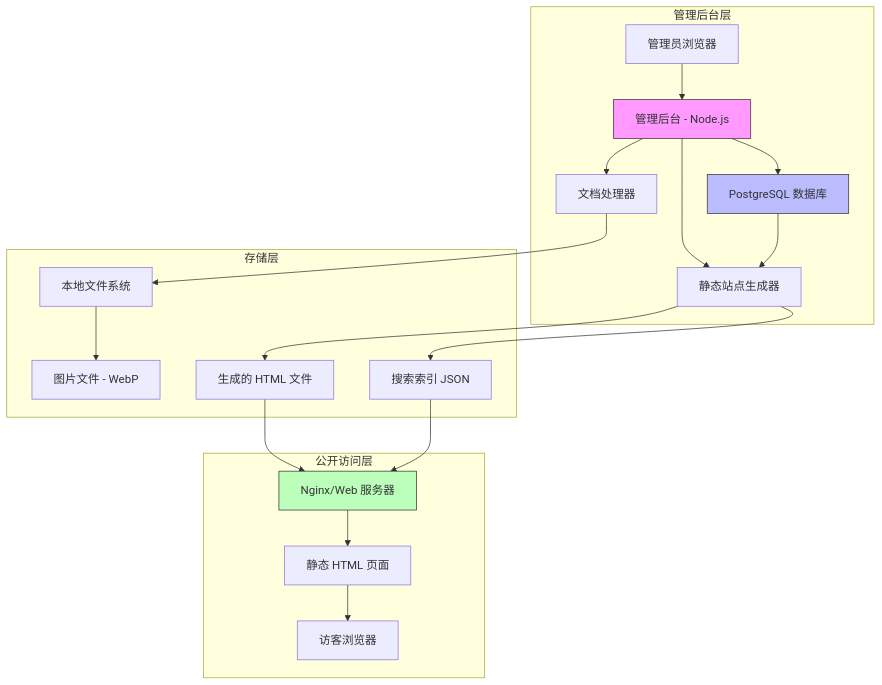
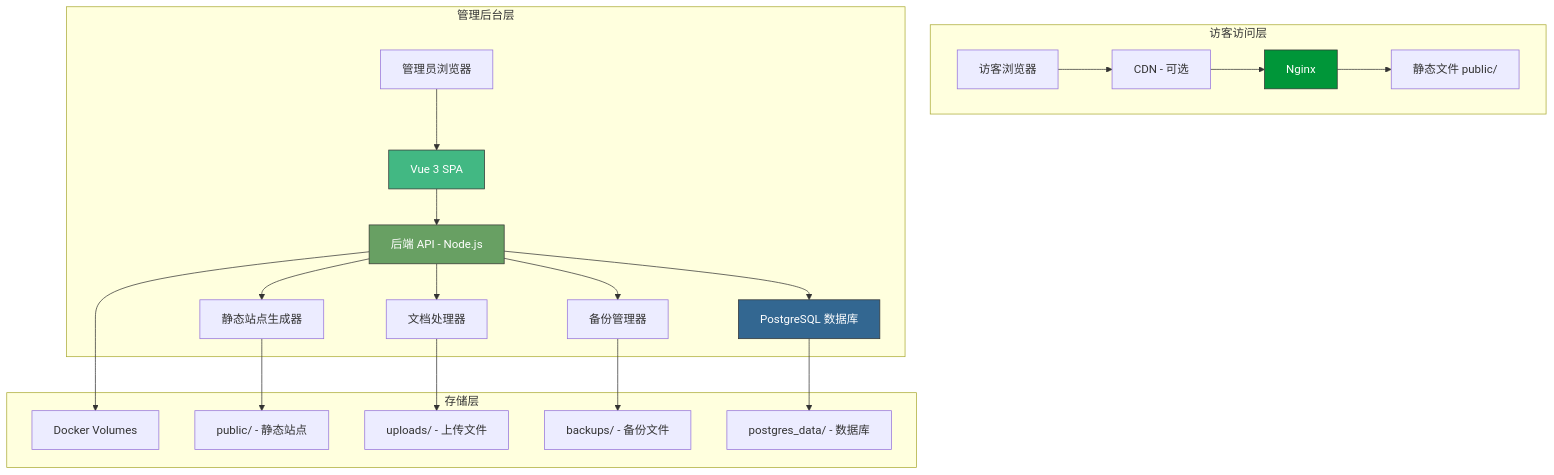
One commit to mp744449986/wendang changed the first of 6 diagrams in .monkeycode/specs/online-manual-viewer/design.md. Above: the diagram before and after it, drawn with Mermaid. The commit also changed other lines of this file, not shown here.

First line of the commit message:
docs: add Docker deployment, frontend-backend separation and migration features

````diff
--- a/.monkeycode/specs/online-manual-viewer/design.md
+++ b/.monkeycode/specs/online-manual-viewer/design.md
@@ -21,36 +34,36 @@
 ```mermaid
 flowchart TB
+    subgraph "访客访问层"
+        A[访客浏览器] --> B[CDN - 可选]
+        B --> C[Nginx]
+        C --> D[静态文件 public/]
+    end
+
     subgraph "管理后台层"
-        A[管理员浏览器] --> B[管理后台 - Node.js]
-        B --> C[文档处理器]
-        B --> D[PostgreSQL 数据库]
-        B --> E[静态站点生成器]
+        E[管理员浏览器] --> F[Vue 3 SPA]
+        F --> G[后端 API - Node.js]
+        G --> H[PostgreSQL 数据库]
+        G --> I[文档处理器]
+        G --> J[静态站点生成器]
+        G --> K[备份管理器]
     end
 
     subgraph "存储层"
-        F[本地文件系统]
-        G[图片文件 - WebP]
-        H[生成的 HTML 文件]
-        I[搜索索引 JSON]
+        L[Docker Volumes]
+        M[public/ - 静态站点]
+        N[uploads/ - 上传文件]
+        O[backups/ - 备份文件]
+        P[postgres_data/ - 数据库]
     end
 
-    subgraph "公开访问层"
-        J[Nginx/Web 服务器]
-        K[静态 HTML 页面]
-        L[访客浏览器]
-    end
+    I --> N
+    J --> M
+    K --> O
+    H --> P
+    G --> L
 
-    C --> F
-    E --> H
-    E --> I
-    D --> E
-    F --> G
-    H --> J
-    I --> J
-    J --> K
-    K --> L
-
-    style B fill:#f9f,stroke:#333
-    style D fill:#bbf,stroke:#333
-    style J fill:#bfb,stroke:#333
+    style F fill:#42b883,stroke:#333,color:#fff
+    style G fill:#68a063,stroke:#333,color:#fff
+    style H fill:#336791,stroke:#333,color:#fff
+    style C fill:#009639,stroke:#333,color:#fff
 ```
````
